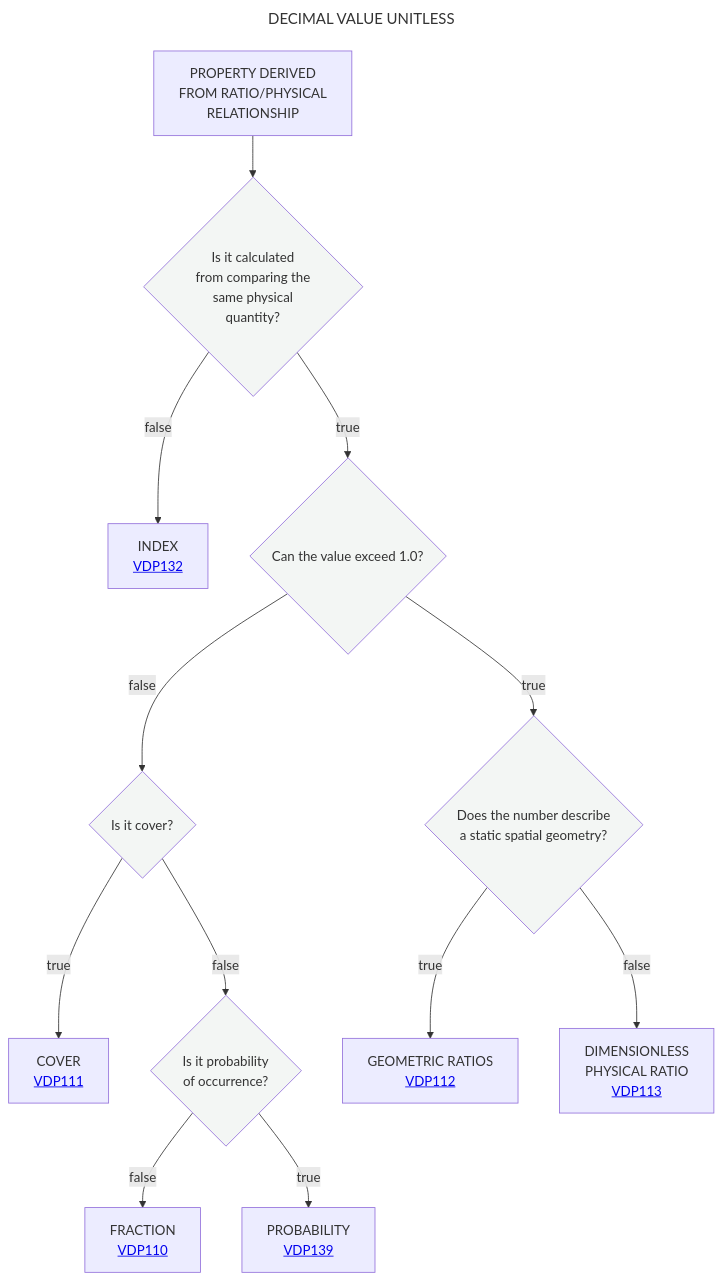
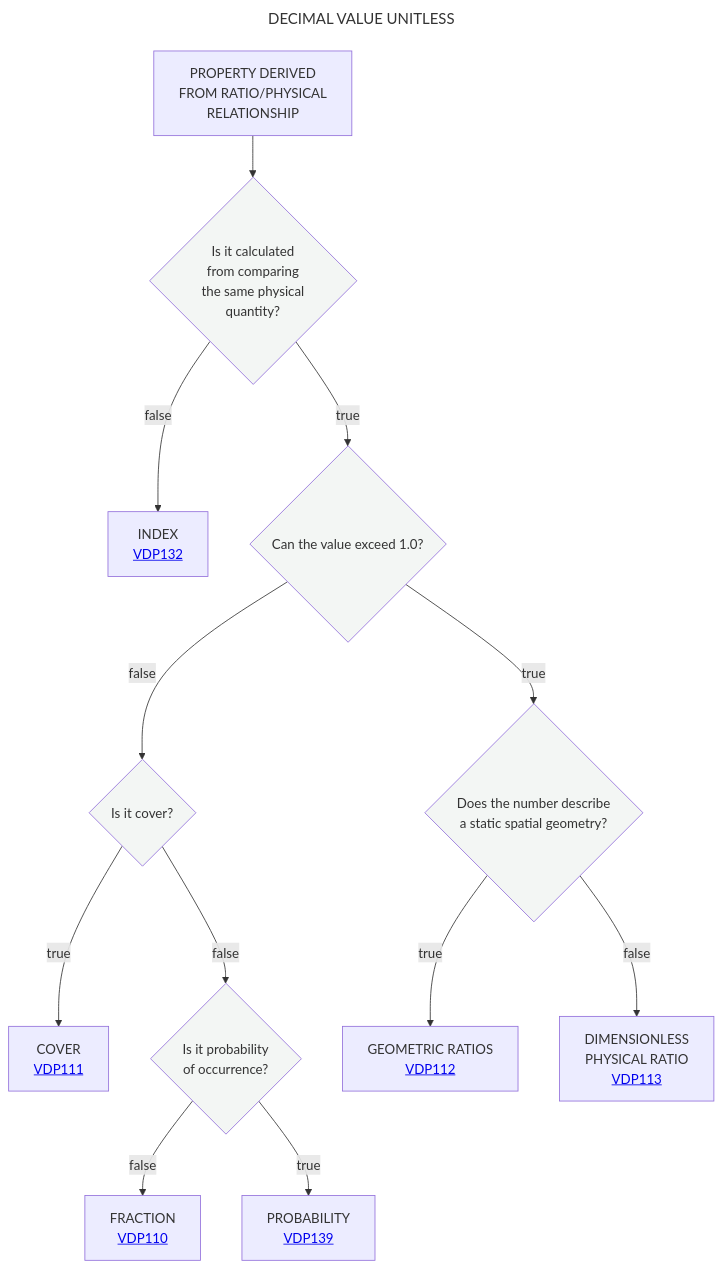
The diagram in Decisition_trees/DT1.mmd (mabablue/I-ADOPT-patterns-playground), drawn with Mermaid before and after one commit.

```diff
--- a/Decisition_trees/DT1.mmd
+++ b/Decisition_trees/DT1.mmd
@@ -1,19 +1,19 @@
 ---
 title: DECIMAL VALUE UNITLESS
 ---
 flowchart TD
-    A[PROPERTY DERIVED <br> FROM RATIO/PHYSICAL <br> RELATIONSHIP] --> B{Is it calculated <br> from comparing the <br> same physical <br> quantity?}:::white
+    A[PROPERTY DERIVED <br> FROM RATIO/PHYSICAL <br> RELATIONSHIP] --> B{Is it calculated <br> from comparing <br> the same physical <br> quantity?}:::white
     B --> |false|C[INDEX <br> <a href='https://github.com/mabablue/I-ADOPT-patterns-playground/blob/main/pattern/VDP132.yaml'>VDP132</a>]
     B --> |true|D{Can the value exceed 1.0?}:::white
     D --> |false|E{Is it cover?}:::white
     D --> |true|L{Does the number describe <br> a static spatial geometry?}:::white
     E --> |true|G[COVER <br> <a href='https://github.com/mabablue/I-ADOPT-patterns-playground/blob/main/pattern/VDP111.yaml'>VDP111</a>]
     E --> |false|H{Is it probability <br> of occurrence?}:::white
     H --> |false|I[FRACTION <br> <a href='https://github.com/mabablue/I-ADOPT-patterns-playground/blob/main/pattern/VDP110.yaml'>VDP110</a>]
     H --> |true|J[PROBABILITY <br> <a href='https://github.com/mabablue/I-ADOPT-patterns-playground/blob/main/pattern/VDP139.yaml'>VDP139</a>]
     L --> |true|M[GEOMETRIC RATIOS <br> <a href='https://github.com/mabablue/I-ADOPT-patterns-playground/blob/main/pattern/VDP112.yaml'>VDP112</a>] 
     L --> |false|N[DIMENSIONLESS <br> PHYSICAL RATIO <br> <a href='https://github.com/mabablue/I-ADOPT-patterns-playground/blob/main/pattern/VDP113.yaml'>VDP113</a>]
    classDef blue fill:#90D5FF
    classDef satblue fill:#57B9FF 
    classDef white fill:#f3f6f4
    classDef green fill:#6aa84f
```
